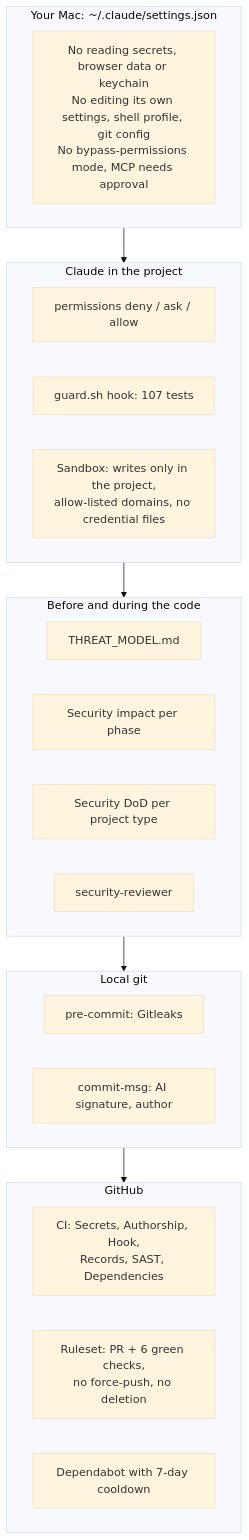
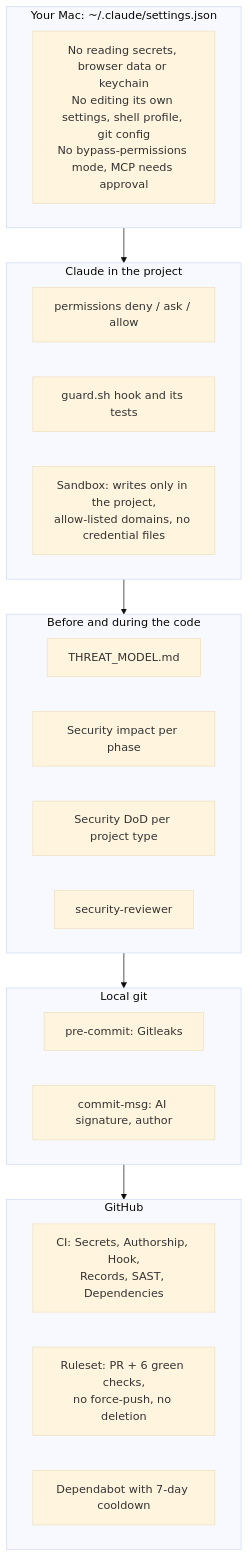
One commit to serbenda/project-template changed the ninth of 13 diagrams in docs/WORKFLOWS.md. Above: the diagram before and after it, drawn with Mermaid (base theme). The commit also changed other lines of this file and 37 other files, not shown here.

````diff
--- a/docs/WORKFLOWS.md
+++ b/docs/WORKFLOWS.md
@@ -174,27 +178,27 @@
 ```mermaid
 flowchart TB
     subgraph MAC["Your Mac: ~/.claude/settings.json"]
         M1["No reading secrets, browser data or keychain<br/>No editing its own settings, shell profile, git config<br/>No bypass-permissions mode, MCP needs approval"]
     end
     subgraph AGENT["Claude in the project"]
         A1["permissions deny / ask / allow"]
-        A2["guard.sh hook: 107 tests"]
+        A2["guard.sh hook and its tests"]
         A3["Sandbox: writes only in the project,<br/>allow-listed domains, no credential files"]
     end
     subgraph DESIGN["Before and during the code"]
         D1["THREAT_MODEL.md"]
         D2["Security impact per phase"]
         D3["Security DoD per project type"]
         D4["security-reviewer"]
     end
     subgraph GIT["Local git"]
         G1["pre-commit: Gitleaks"]
         G2["commit-msg: AI signature, author"]
     end
     subgraph GH["GitHub"]
         H1["CI: Secrets, Authorship, Hook,<br/>Records, SAST, Dependencies"]
         H2["Ruleset: PR + 6 green checks,<br/>no force-push, no deletion"]
         H3["Dependabot with 7-day cooldown"]
     end
     MAC --> AGENT --> DESIGN --> GIT --> GH
 ```
````
